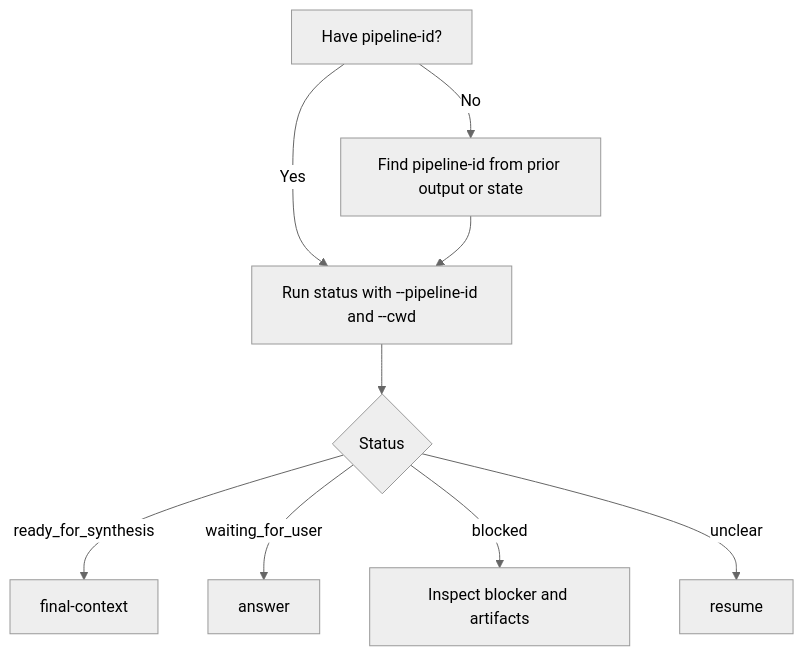
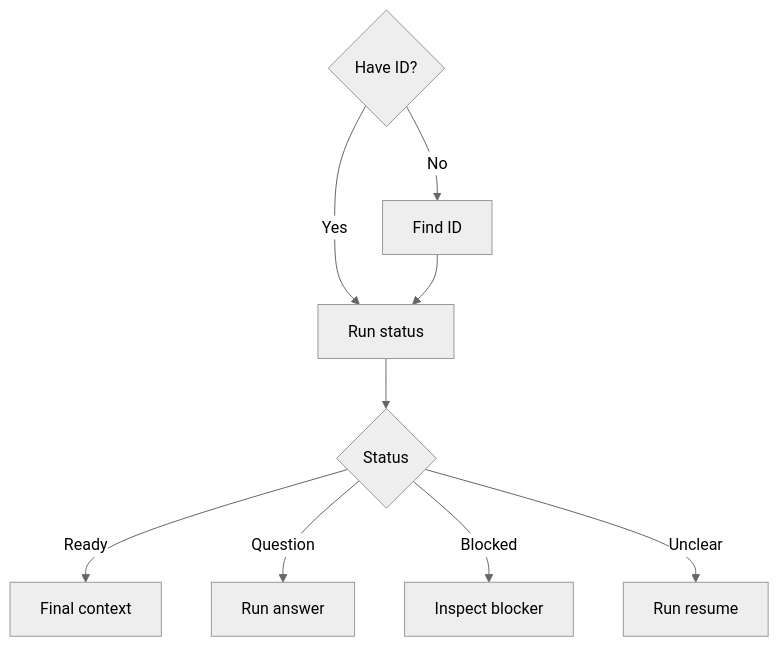
The seventh of 7 diagrams in README.md (TrailblazerSR/ask-tmux-pipeline), drawn with Mermaid (neutral theme) before and after one commit. The commit also changed other lines of this file, not shown here.

First line of the commit message:
Make README flowcharts render without clipped labels

````diff
--- a/README.md
+++ b/README.md
@@ -187,11 +207,15 @@
 ```mermaid
 flowchart TD
-  A[Have pipeline-id?] -->|Yes| B[Run status with --pipeline-id and --cwd]
-  A -->|No| C[Find pipeline-id from prior output or state]
-  C --> B
-  B --> D{Status}
-  D -->|ready_for_synthesis| E[final-context]
-  D -->|waiting_for_user| F[answer]
-  D -->|blocked| G[Inspect blocker and artifacts]
-  D -->|unclear| H[resume]
+    accTitle: Recovery Inspection Flow
+    accDescr: Recovery flow for locating a pipeline ID, checking status, and choosing whether to fetch context, answer a question, inspect a blocker, or resume
+
+    have_id{Have ID?}
+    have_id -->|Yes| run_status[Run status]
+    have_id -->|No| find_id[Find ID]
+    find_id --> run_status
+    run_status --> status_check{Status}
+    status_check -->|Ready| final_context[Final context]
+    status_check -->|Question| run_answer[Run answer]
+    status_check -->|Blocked| inspect_blocker[Inspect blocker]
+    status_check -->|Unclear| run_resume[Run resume]
 ```
````
